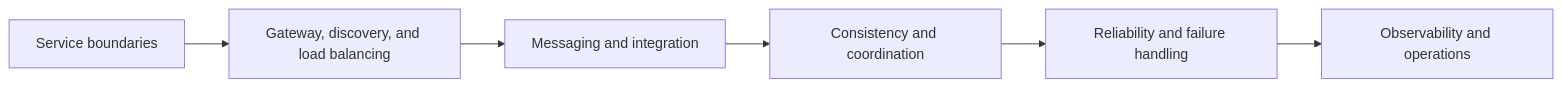
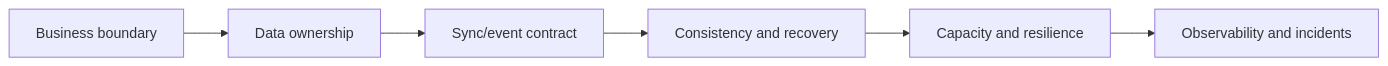
Before and after one commit to taukhir/shopverse: the diagram in documentation/docs/architecture/MICROSERVICES-DISTRIBUTED-SYSTEMS.md, drawn with Mermaid. The commit also changed other lines of this file and 77 other files, not shown here.

Commit message:
Refactor shopverse product and checkout flows

````diff
--- a/documentation/docs/architecture/MICROSERVICES-DISTRIBUTED-SYSTEMS.md
+++ b/documentation/docs/architecture/MICROSERVICES-DISTRIBUTED-SYSTEMS.md
@@ -14,8 +25,8 @@
 ```mermaid
 flowchart LR
-    A["Service boundaries"] --> B["Gateway, discovery, and load balancing"]
-    B --> C["Messaging and integration"]
-    C --> D["Consistency and coordination"]
-    D --> E["Reliability and failure handling"]
-    E --> F["Observability and operations"]
+    Boundary["Business boundary"] --> Data["Data ownership"]
+    Data --> Contract["Sync/event contract"]
+    Contract --> Consistency["Consistency and recovery"]
+    Consistency --> Capacity["Capacity and resilience"]
+    Capacity --> Operate["Observability and incidents"]
 ```
````
